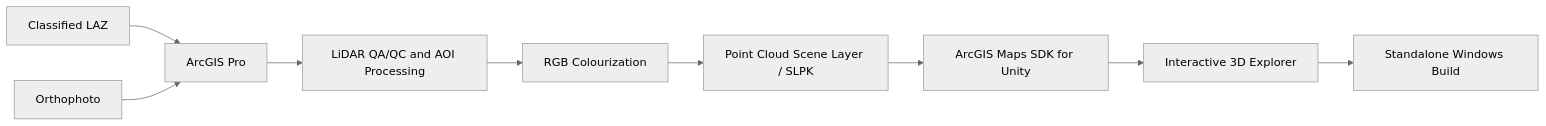
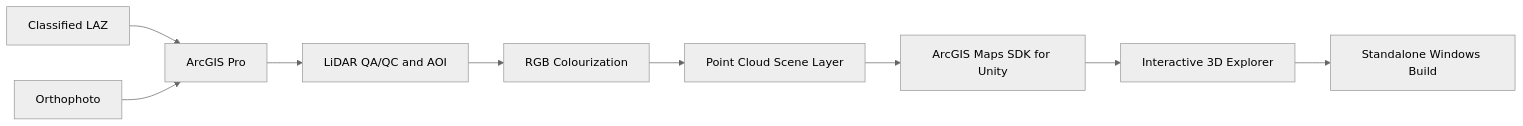
The diagram in README.md (Dalmarr/Fortress-of-Louisbourg-LiDAR-Explorer), drawn with Mermaid (neutral theme) before and after one commit. The commit also changed other lines of this file, not shown here.

````diff
--- a/README.md
+++ b/README.md
@@ -34,11 +34,11 @@
 ```mermaid
 flowchart LR
     A[Classified LAZ] --> B[ArcGIS Pro]
     C[Orthophoto] --> B
-    B --> D[LiDAR QA/QC and AOI Processing]
+    B --> D[LiDAR QA/QC and AOI]
     D --> E[RGB Colourization]
-    E --> F[Point Cloud Scene Layer / SLPK]
+    E --> F[Point Cloud Scene Layer]
     F --> G[ArcGIS Maps SDK for Unity]
     G --> H[Interactive 3D Explorer]
     H --> I[Standalone Windows Build]
 ```
````
